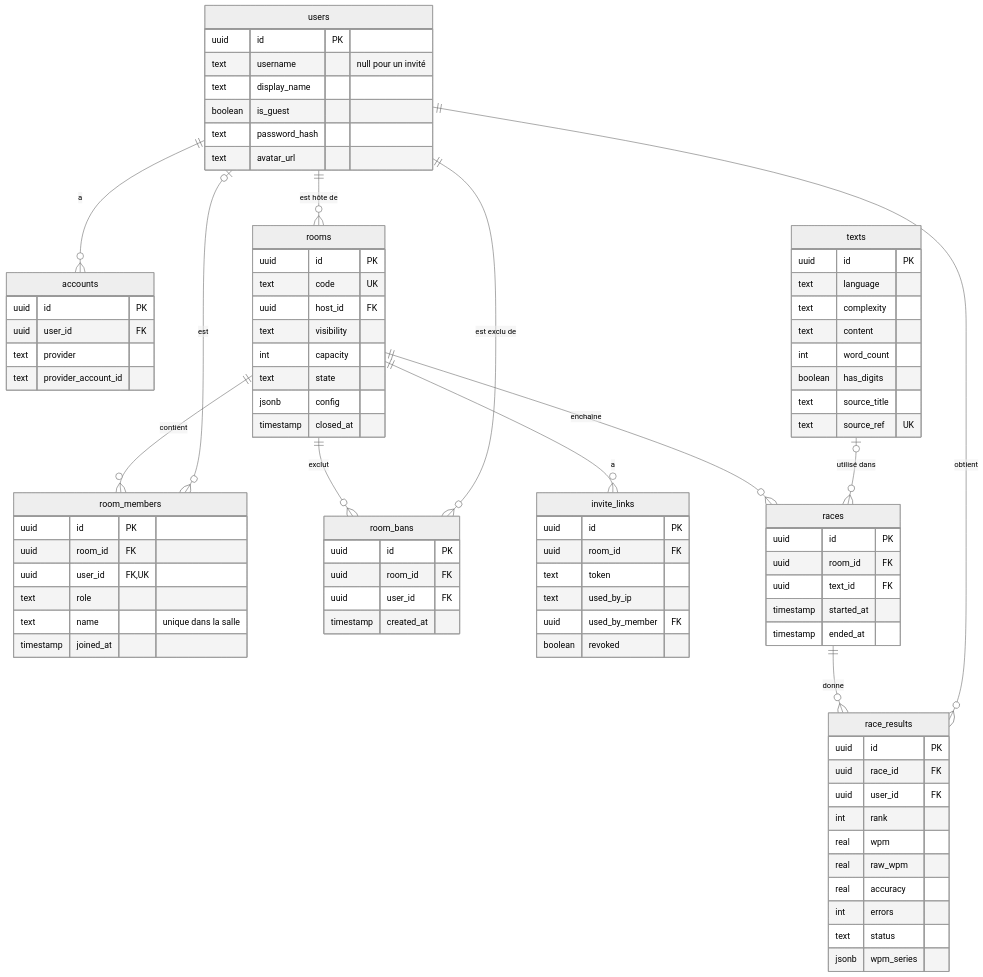
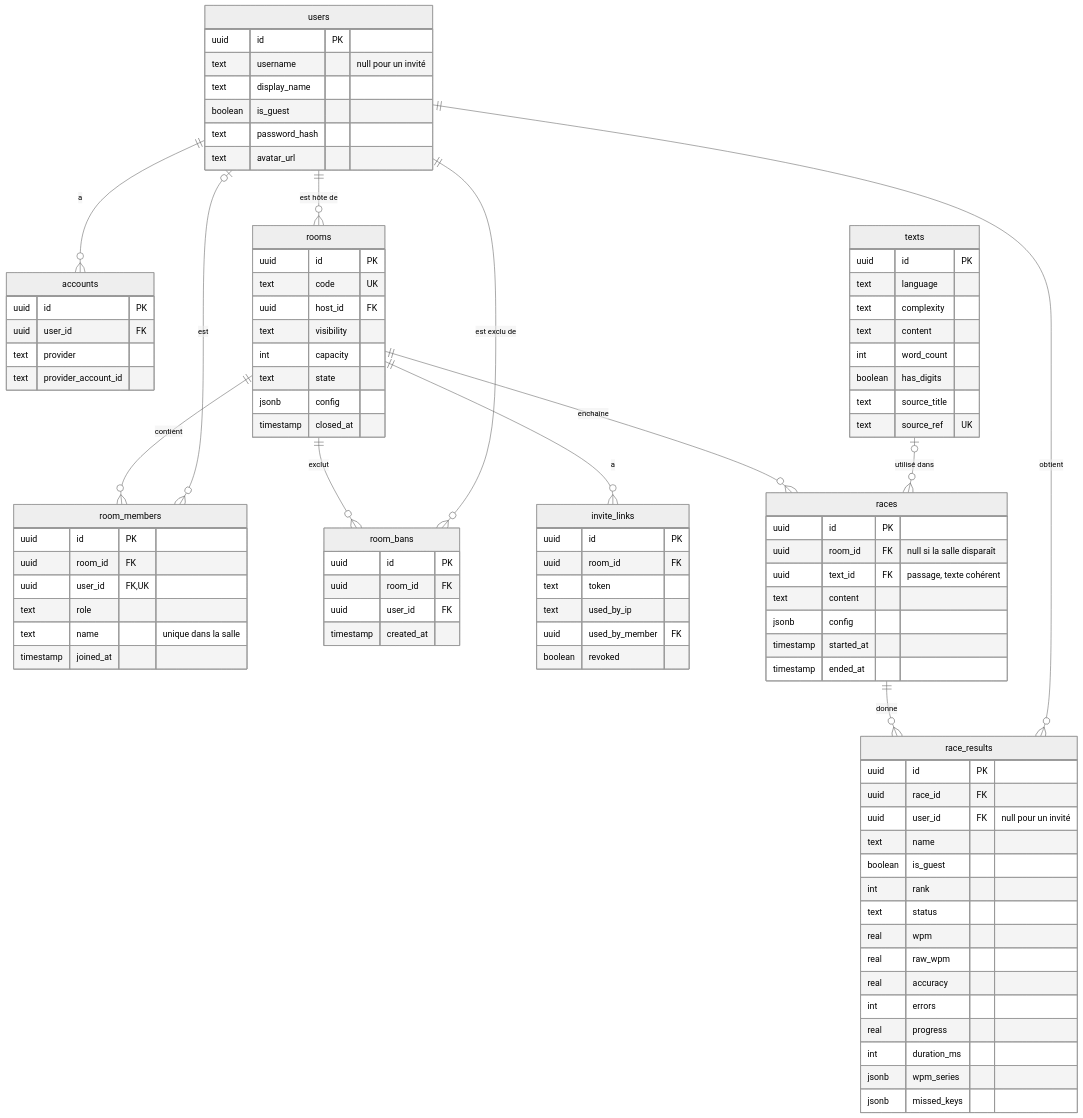
One commit to Onyyx256/typeracer changed the first of 2 diagrams in docs/ARCHITECTURE.md. Above: the diagram before and after it, drawn with Mermaid (neutral theme). The commit also changed other lines of this file and 1 other file, not shown here.

First line of the commit message:
docs: race implementation in the architecture, two AI journal entries

````diff
--- a/docs/ARCHITECTURE.md
+++ b/docs/ARCHITECTURE.md
@@ -76,21 +76,28 @@
     }
     races {
         uuid id PK
-        uuid room_id FK
-        uuid text_id FK
+        uuid room_id FK "null si la salle disparaît"
+        uuid text_id FK "passage, texte cohérent"
+        text content
+        jsonb config
         timestamp started_at
         timestamp ended_at
     }
     race_results {
         uuid id PK
         uuid race_id FK
-        uuid user_id FK
+        uuid user_id FK "null pour un invité"
+        text name
+        boolean is_guest
         int rank
+        text status
         real wpm
         real raw_wpm
         real accuracy
         int errors
-        text status
+        real progress
+        int duration_ms
         jsonb wpm_series
+        jsonb missed_keys
     }
 ```
````
